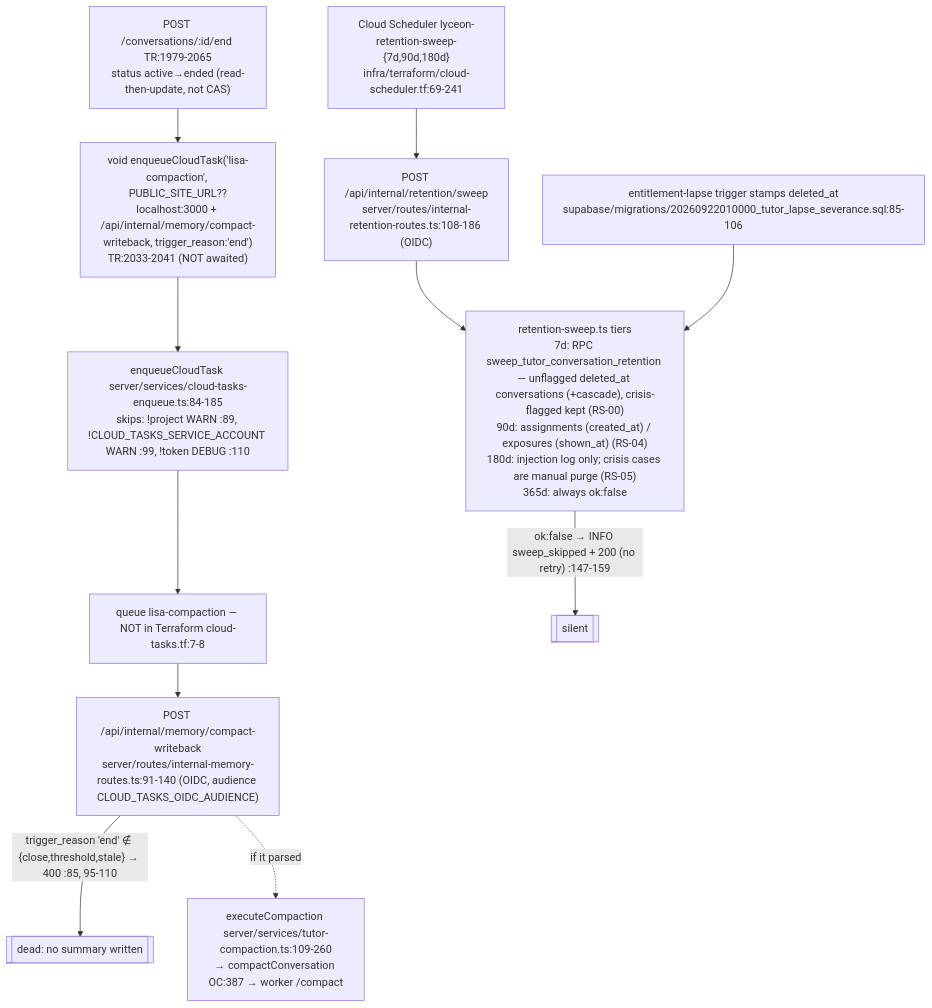
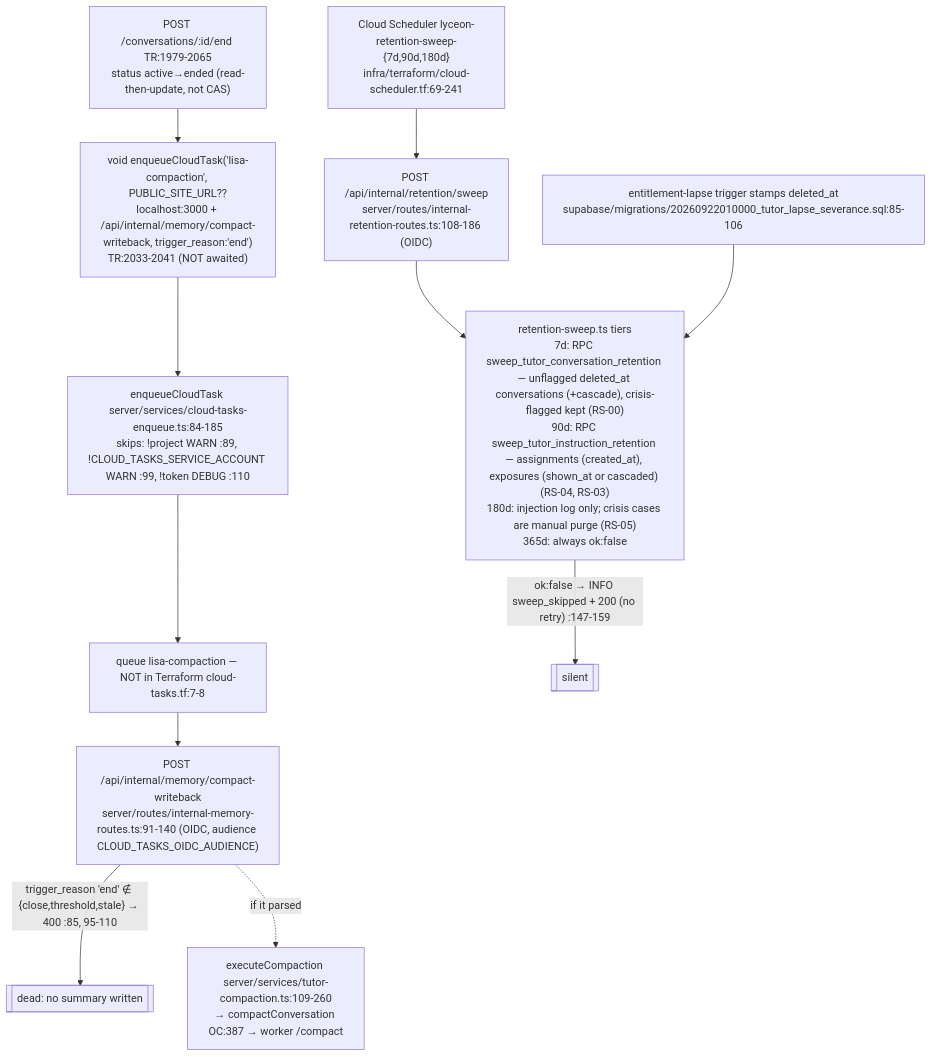
One commit to Lyceon-Team/Lyceonai changed the fifth of 9 diagrams in docs/lisa-flow-map.md. Above: the diagram before and after it, drawn with Mermaid. The commit also changed 5 other files, not shown here.

````diff
--- a/docs/lisa-flow-map.md
+++ b/docs/lisa-flow-map.md
@@ -213,13 +213,13 @@
 ```mermaid
 flowchart TD
   END["POST /conversations/:id/end TR:1979-2065<br/>status active→ended (read-then-update, not CAS)"] --> ENQ["void enqueueCloudTask('lisa-compaction', PUBLIC_SITE_URL??localhost:3000 + /api/internal/memory/compact-writeback, trigger_reason:'end')<br/>TR:2033-2041 (NOT awaited)"]
   ENQ --> ECT["enqueueCloudTask server/services/cloud-tasks-enqueue.ts:84-185<br/>skips: !project WARN :89, !CLOUD_TASKS_SERVICE_ACCOUNT WARN :99, !token DEBUG :110"]
   ECT --> QC["queue lisa-compaction — NOT in Terraform cloud-tasks.tf:7-8"]
   QC --> WB["POST /api/internal/memory/compact-writeback<br/>server/routes/internal-memory-routes.ts:91-140 (OIDC, audience CLOUD_TASKS_OIDC_AUDIENCE)"]
   WB -->|"trigger_reason 'end' ∉ {close,threshold,stale} → 400 :85, 95-110"| DEAD[["dead: no summary written"]]
   WB -.->|"if it parsed"| EXC["executeCompaction server/services/tutor-compaction.ts:109-260<br/>→ compactConversation OC:387 → worker /compact"]
   SCH["Cloud Scheduler lyceon-retention-sweep-{7d,90d,180d}<br/>infra/terraform/cloud-scheduler.tf:69-241"] --> RS["POST /api/internal/retention/sweep<br/>server/routes/internal-retention-routes.ts:108-186 (OIDC)"]
-  RS --> RT["retention-sweep.ts tiers<br/>7d: RPC sweep_tutor_conversation_retention — unflagged deleted_at conversations (+cascade), crisis-flagged kept (RS-00)<br/>90d: assignments (created_at) / exposures (shown_at) (RS-04)<br/>180d: injection log only; crisis cases are manual purge (RS-05)<br/>365d: always ok:false"]
+  RS --> RT["retention-sweep.ts tiers<br/>7d: RPC sweep_tutor_conversation_retention — unflagged deleted_at conversations (+cascade), crisis-flagged kept (RS-00)<br/>90d: RPC sweep_tutor_instruction_retention — assignments (created_at), exposures (shown_at or cascaded) (RS-04, RS-03)<br/>180d: injection log only; crisis cases are manual purge (RS-05)<br/>365d: always ok:false"]
   RT -->|"ok:false → INFO sweep_skipped + 200 (no retry) :147-159"| QUIET[["silent"]]
   LAPSE["entitlement-lapse trigger stamps deleted_at<br/>supabase/migrations/20260922010000_tutor_lapse_severance.sql:85-106"] --> RT
 ```
````
